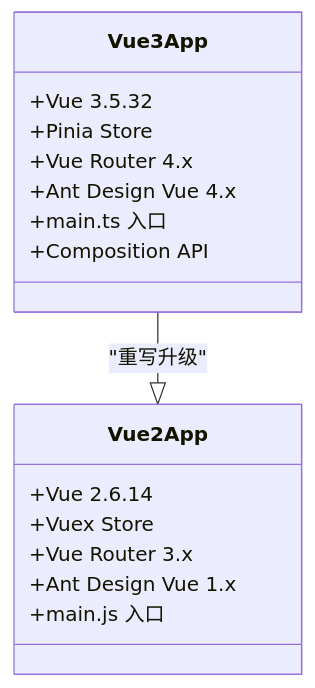
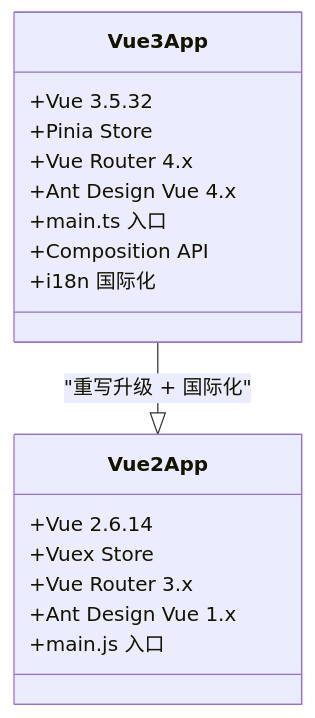
One commit to joezxh/QuantDinger changed the second of 14 diagrams in .qoder/repowiki/zh/content/核心功能模块/Vue 3 前端重写.md. Above: the diagram before and after it, drawn with Mermaid. The commit also changed other lines of this file and 116 other files, not shown here.

````diff
--- a/.qoder/repowiki/zh/content/核心功能模块/Vue 3 前端重写.md
+++ b/.qoder/repowiki/zh/content/核心功能模块/Vue 3 前端重写.md
@@ -97,19 +123,20 @@
 ```mermaid
 classDiagram
 class Vue2App {
 +Vue 2.6.14
 +Vuex Store
 +Vue Router 3.x
 +Ant Design Vue 1.x
 +main.js 入口
 }
 class Vue3App {
 +Vue 3.5.32
 +Pinia Store
 +Vue Router 4.x
 +Ant Design Vue 4.x
 +main.ts 入口
 +Composition API
++i18n 国际化
 }
-Vue3App --|> Vue2App : "重写升级"
+Vue3App --|> Vue2App : "重写升级 + 国际化"
 ```
````
